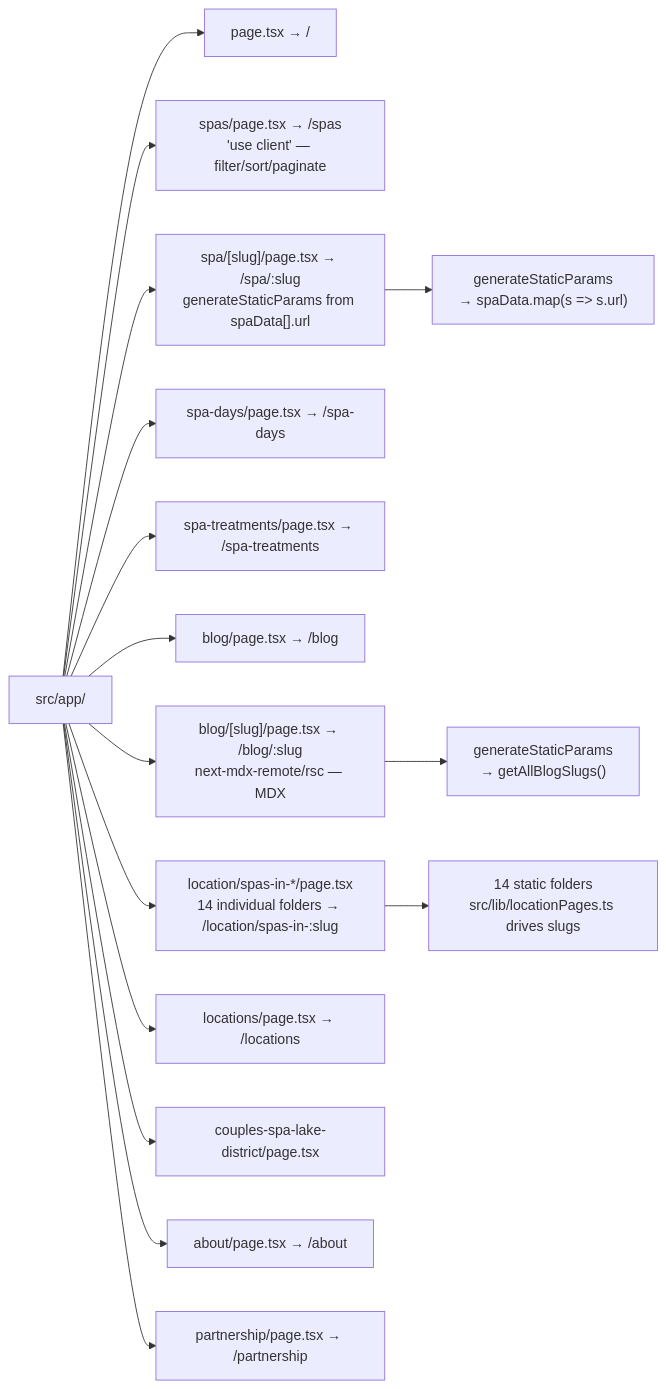
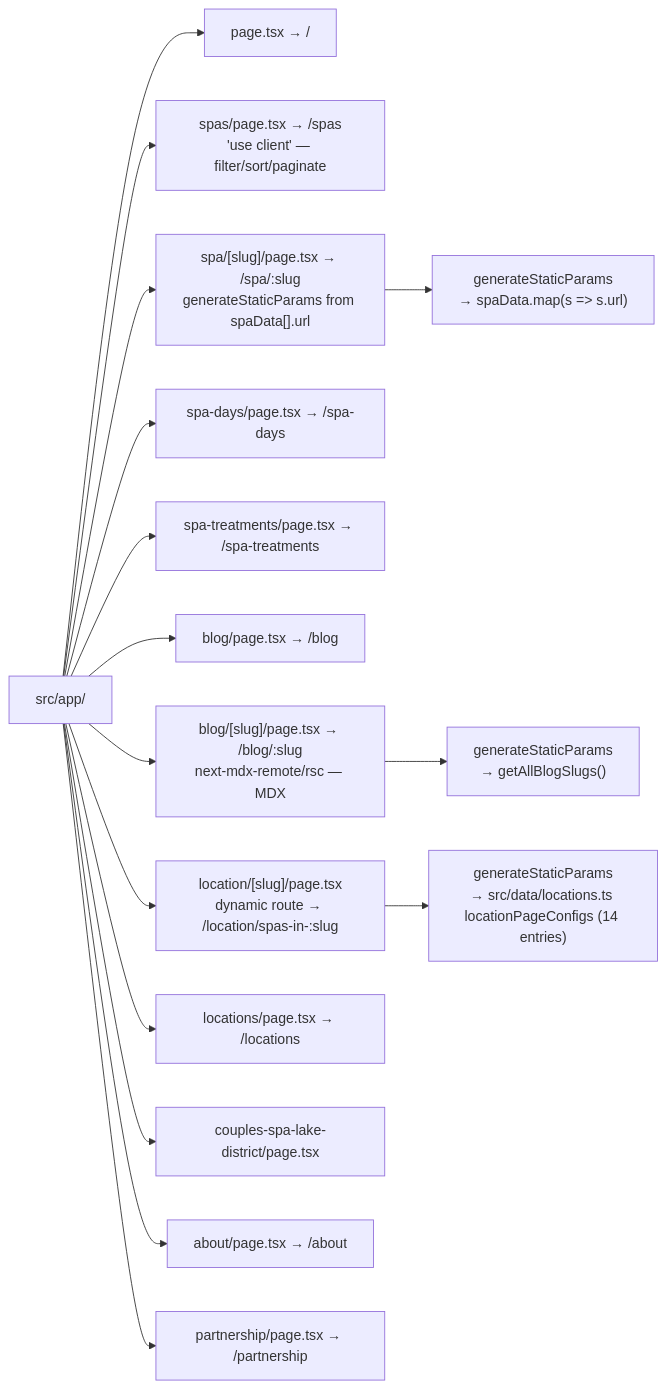
The diagram in .claude/diagrams/02-page-routing.md (MattyGlen123/lake-district-spas), drawn with Mermaid before and after one commit. The commit also changed 19 other files, not shown here.

First line of the commit message:
Consolidate 14 location page folders into one dynamic route + data file

````diff
--- a/.claude/diagrams/02-page-routing.md
+++ b/.claude/diagrams/02-page-routing.md
@@ -3,21 +3,21 @@
 ```mermaid
 graph LR
     root["src/app/"]
 
     root --> home["page.tsx → /"]
     root --> spas["spas/page.tsx → /spas\n'use client' — filter/sort/paginate"]
     root --> spa["spa/[slug]/page.tsx → /spa/:slug\ngenerateStaticParams from spaData[].url"]
     root --> spaDays["spa-days/page.tsx → /spa-days"]
     root --> spaTreat["spa-treatments/page.tsx → /spa-treatments"]
     root --> blog["blog/page.tsx → /blog"]
     root --> blogSlug["blog/[slug]/page.tsx → /blog/:slug\nnext-mdx-remote/rsc — MDX"]
-    root --> locationSlug["location/spas-in-*/page.tsx\n14 individual folders → /location/spas-in-:slug"]
+    root --> locationSlug["location/[slug]/page.tsx\ndynamic route → /location/spas-in-:slug"]
     root --> locations["locations/page.tsx → /locations"]
     root --> couples["couples-spa-lake-district/page.tsx"]
     root --> about["about/page.tsx → /about"]
     root --> partnership["partnership/page.tsx → /partnership"]
 
     spa --> staticNote["generateStaticParams\n→ spaData.map(s => s.url)"]
     blogSlug --> blogNote["generateStaticParams\n→ getAllBlogSlugs()"]
-    locationSlug --> locationNote["14 static folders\nsrc/lib/locationPages.ts drives slugs"]
+    locationSlug --> locationNote["generateStaticParams\n→ src/data/locations.ts locationPageConfigs (14 entries)"]
 ```
````
